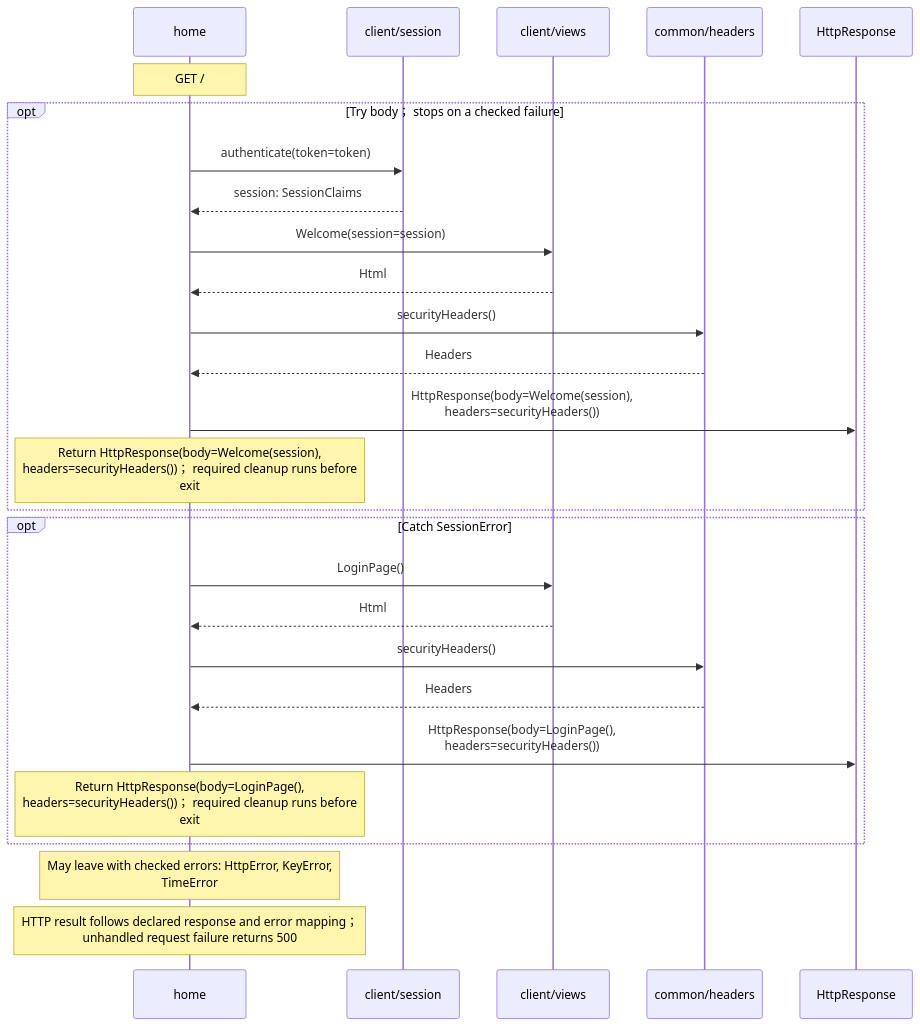
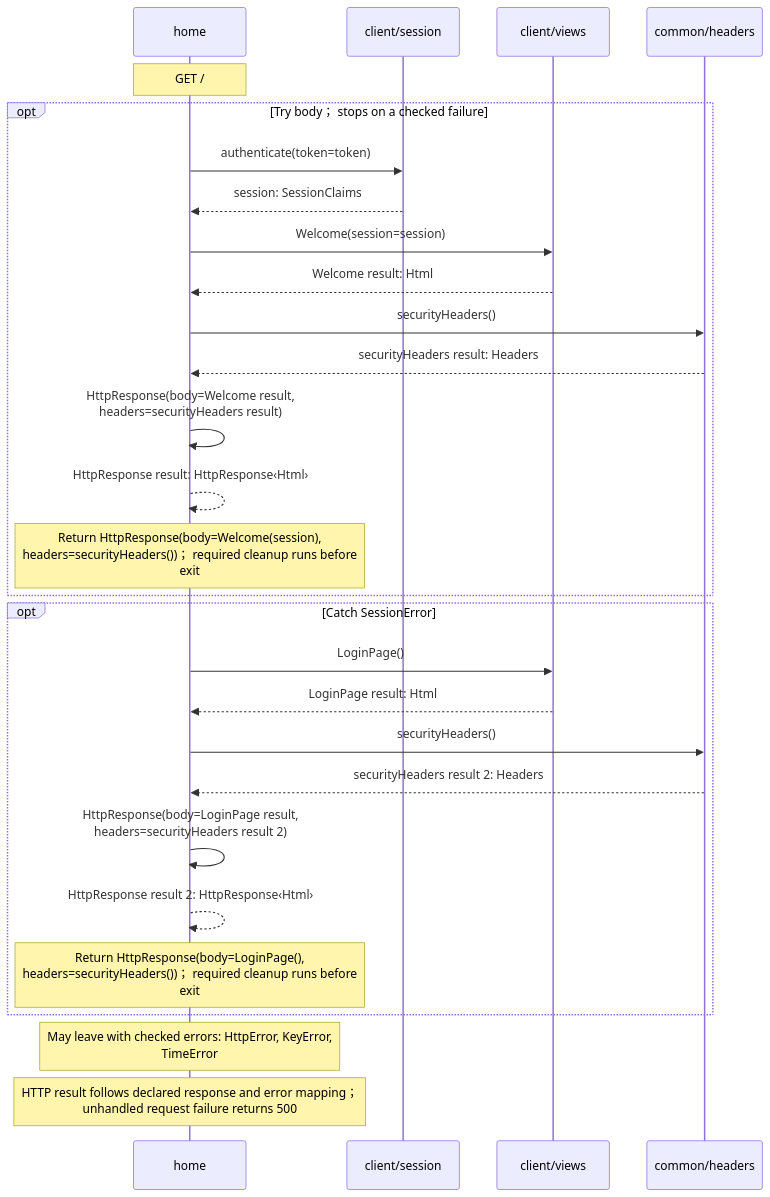
One commit to GreenPandaStudios/augscript changed the fourth of 5 diagrams in docs/examples/oidc-login/client/endpoints-diagrams.md. Above: the diagram before and after it, drawn with Mermaid. The commit also changed other lines of this file and 304 other files, not shown here.

Commit message:
Make generated data-flow sequences concise and review every diagram

````diff
--- a/docs/examples/oidc-login/client/endpoints-diagrams.md
+++ b/docs/examples/oidc-login/client/endpoints-diagrams.md
@@ -79,29 +81,30 @@
 ```mermaid
 sequenceDiagram
     participant p0 as home
     participant p1 as client/session
     participant p2 as client/views
     participant p3 as common/headers
-    participant p4 as HttpResponse
     Note over p0: GET /
     opt Try body； stops on a checked failure
     p0->>p1: authenticate(token=token)
     p1-->>p0: session: SessionClaims
     p0->>p2: Welcome(session=session)
-    p2-->>p0: Html
+    p2-->>p0: Welcome result: Html
     p0->>p3: securityHeaders()
-    p3-->>p0: Headers
-    p0->>p4: HttpResponse(body=Welcome(session),<br/>headers=securityHeaders())
+    p3-->>p0: securityHeaders result: Headers
+    p0->>p0: HttpResponse(body=Welcome result,<br/>headers=securityHeaders result)
+    p0-->>p0: HttpResponse result: HttpResponse‹Html›
     Note over p0: Return HttpResponse(body=Welcome(session),<br/>headers=securityHeaders())； required cleanup runs before<br/>exit
     end
     opt Catch SessionError
     p0->>p2: LoginPage()
-    p2-->>p0: Html
+    p2-->>p0: LoginPage result: Html
     p0->>p3: securityHeaders()
-    p3-->>p0: Headers
-    p0->>p4: HttpResponse(body=LoginPage(),<br/>headers=securityHeaders())
+    p3-->>p0: securityHeaders result 2: Headers
+    p0->>p0: HttpResponse(body=LoginPage result,<br/>headers=securityHeaders result 2)
+    p0-->>p0: HttpResponse result 2: HttpResponse‹Html›
     Note over p0: Return HttpResponse(body=LoginPage(),<br/>headers=securityHeaders())； required cleanup runs before<br/>exit
     end
     Note over p0: May leave with checked errors: HttpError, KeyError,<br/>TimeError
     Note over p0: HTTP result follows declared response and error mapping；<br/>unhandled request failure returns 500
 ```
````
